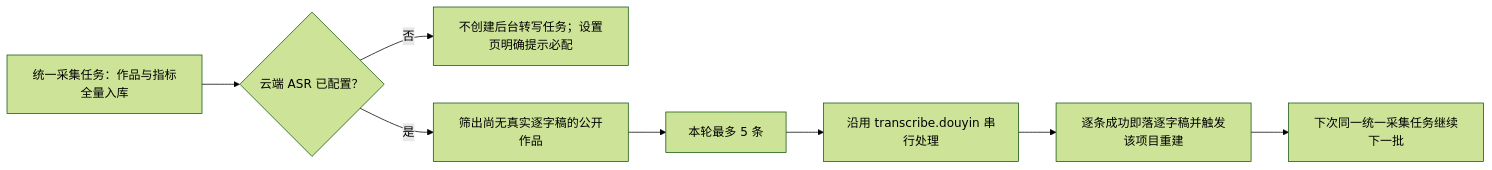
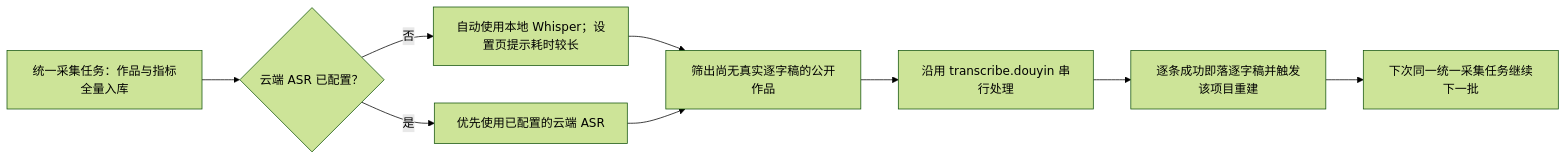
The diagram in docs/superpowers/specs/2026-07-31-gradual-transcript-backfill-and-mimo-asr.md (zzyong24/Thirdspace-creator), drawn with Mermaid (forest theme) before and after one commit. The commit also changed other lines of this file and 20 other files, not shown here.

Commit message:
fix: keep local Whisper fallback for ASR

````diff
--- a/docs/superpowers/specs/2026-07-31-gradual-transcript-backfill-and-mimo-asr.md
+++ b/docs/superpowers/specs/2026-07-31-gradual-transcript-backfill-and-mimo-asr.md
@@ -28,10 +28,11 @@
 ```mermaid
 flowchart LR
   A["统一采集任务：作品与指标全量入库"] --> B{"云端 ASR 已配置？"}
-  B -- "否" --> C["不创建后台转写任务；设置页明确提示必配"]
-  B -- "是" --> D["筛出尚无真实逐字稿的公开作品"]
-  D --> E["本轮最多 5 条"]
+  B -- "否" --> C["自动使用本地 Whisper；设置页提示耗时较长"]
+  B -- "是" --> D["优先使用已配置的云端 ASR"]
+  C --> E["筛出尚无真实逐字稿的公开作品"]
+  D --> E
   E --> F["沿用 transcribe.douyin 串行处理"]
   F --> G["逐条成功即落逐字稿并触发该项目重建"]
   G --> H["下次同一统一采集任务继续下一批"]
 ```
````
